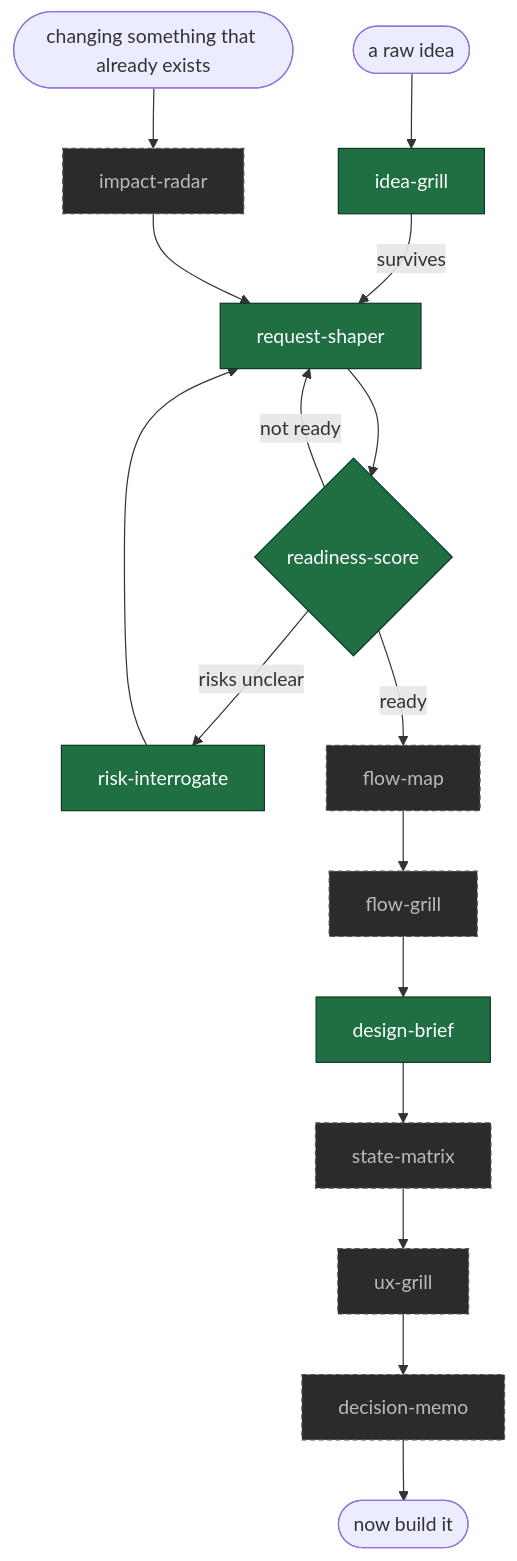
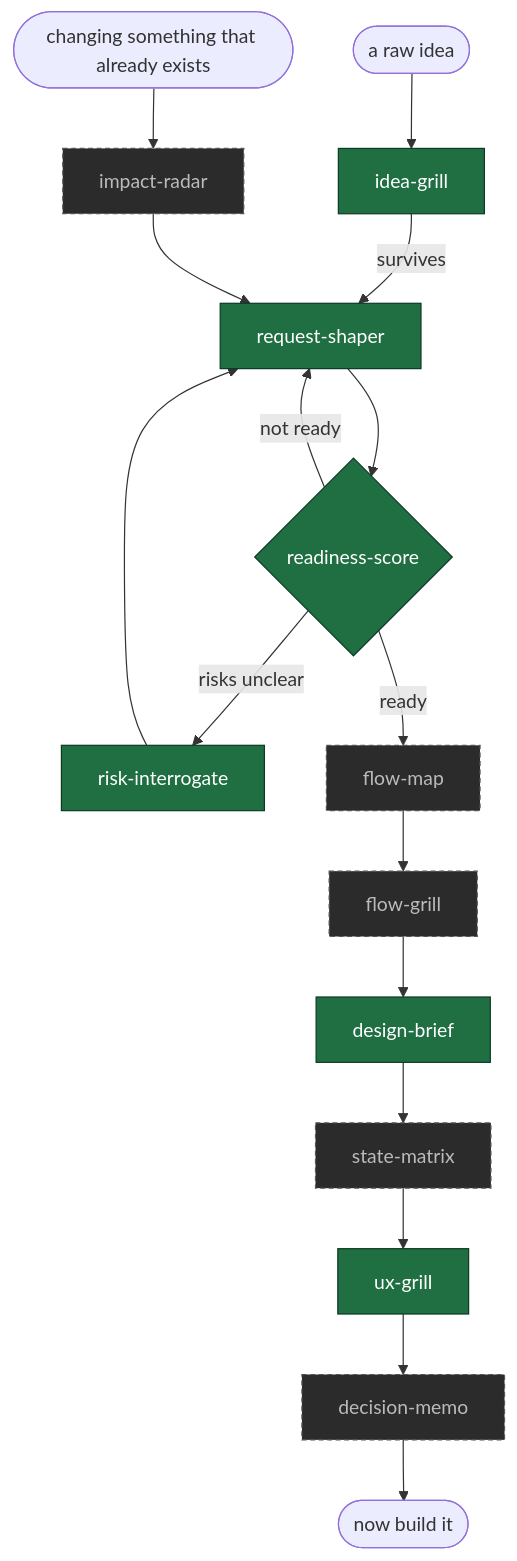
Before and after one commit to ratipcan-uysal/before-you-build: the diagram in README.md, drawn with Mermaid. The commit also changed other lines of this file and 5 other files, not shown here.

````diff
--- a/README.md
+++ b/README.md
@@ -36,23 +36,23 @@
 ```mermaid
 flowchart TD
     idea([a raw idea]) --> IG[idea-grill]
     IG -->|survives| RS[request-shaper]
     RS --> SC{readiness-score}
     SC -->|not ready| RS
     SC -->|risks unclear| RI[risk-interrogate]
     RI --> RS
     SC -->|ready| FM[flow-map]
     FM --> FG[flow-grill]
     FG --> DB[design-brief]
     DB --> SM[state-matrix]
     SM --> UX[ux-grill]
     UX --> DM[decision-memo]
     DM --> out([now build it])
     change([changing something that already exists]) --> IR[impact-radar]
     IR --> RS
 
     classDef shipped fill:#1f6f43,stroke:#0d3a23,color:#fff
     classDef planned fill:#2b2b2b,stroke:#555,color:#bbb,stroke-dasharray:4 3
-    class IG,RS,SC,RI,DB shipped
-    class FM,FG,SM,UX,IR,DM planned
+    class IG,RS,SC,RI,DB,UX shipped
+    class FM,FG,SM,IR,DM planned
 ```
````
